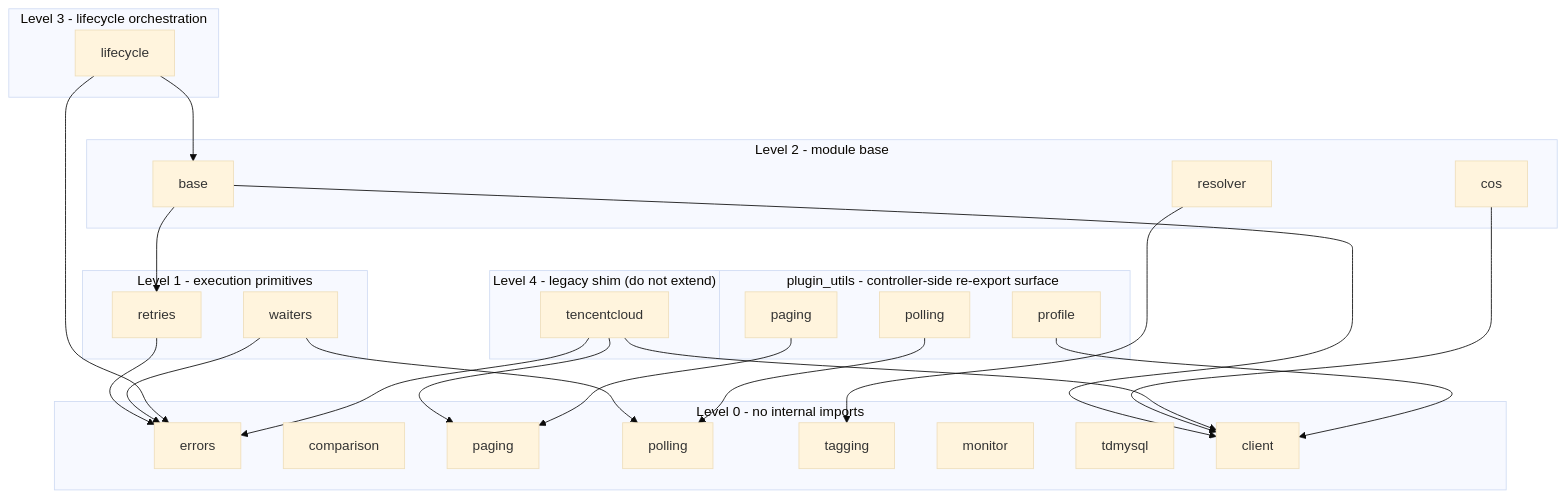
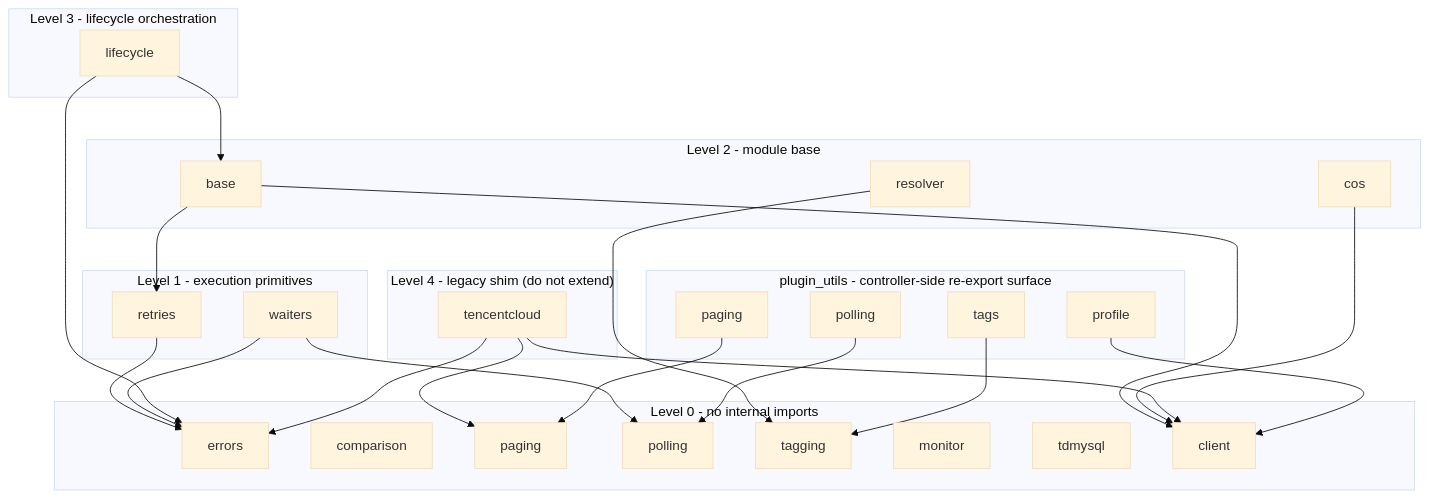
Before and after one commit to susunola/ansible-collection-tencentcloud: the diagram in plugins/module_utils/README.md, drawn with Mermaid (base theme). The commit also changed other lines of this file and 13 other files, not shown here.

````diff
--- a/plugins/module_utils/README.md
+++ b/plugins/module_utils/README.md
@@ -45,41 +45,43 @@
 ```mermaid
 graph TD
     subgraph L0["Level 0 - no internal imports"]
         errors
         comparison
         paging
         polling
         tagging
         monitor
         tdmysql
         client
     end
     subgraph L1["Level 1 - execution primitives"]
         retries --> errors
         waiters --> errors
         waiters --> polling
     end
     subgraph L2["Level 2 - module base"]
         base --> client
         base --> retries
         resolver --> tagging
         cos --> client
     end
     subgraph L3["Level 3 - lifecycle orchestration"]
         lifecycle --> base
         lifecycle --> errors
     end
     subgraph L4["Level 4 - legacy shim (do not extend)"]
         tencentcloud --> client
         tencentcloud --> errors
         tencentcloud --> paging
     end
     subgraph PU["plugin_utils - controller-side re-export surface"]
         pu_profile["profile"]
         pu_paging["paging"]
         pu_polling["polling"]
+        pu_tags["tags"]
     end
     pu_profile --> client
     pu_paging --> paging
     pu_polling --> polling
+    pu_tags --> tagging
 ```
````
